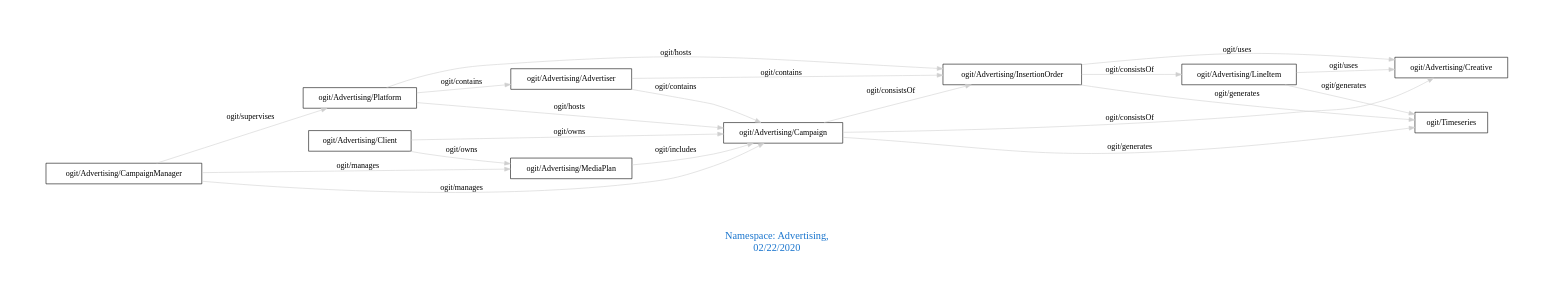
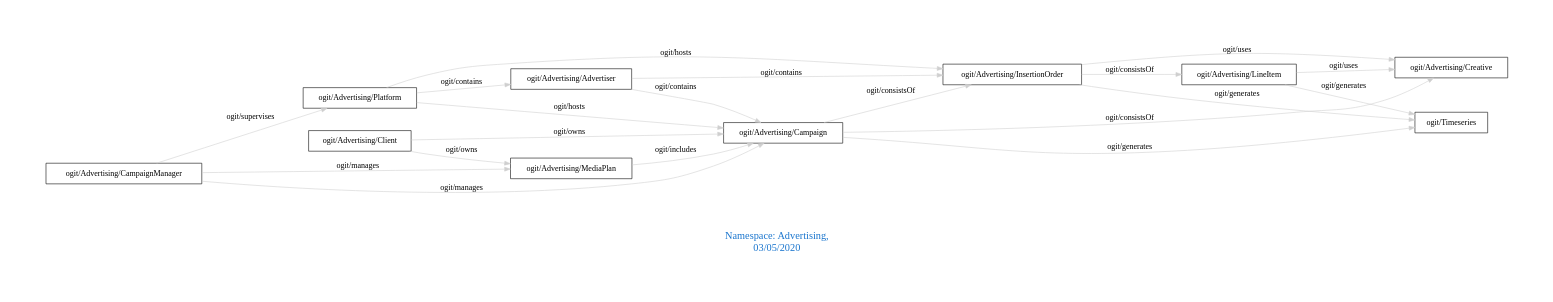
The diagram in downloads/Advertising.dot (arago/OGIT), drawn with Graphviz before and after one commit. The commit also changed 1714 other files, not shown here.

```diff
--- a/downloads/Advertising.dot
+++ b/downloads/Advertising.dot
@@ -1,27 +1,27 @@
 digraph OGIT_ontology {
  graph [ rankdir= LR,pad=1 
 fontsize = 18,
-fontcolor= dodgerblue3,label = "\n\n\nNamespace: Advertising, \n 02/22/2020"];
+fontcolor= dodgerblue3,label = "\n\n\nNamespace: Advertising, \n 03/05/2020"];
 node[shape=polygon];
 edge [  color="gray81"];
 
    "ogit/Advertising/Advertiser" -> "ogit/Advertising/Campaign" [label="   ogit/contains    "];
    "ogit/Advertising/Advertiser" -> "ogit/Advertising/InsertionOrder" [label="   ogit/contains    "];
    "ogit/Advertising/Platform" -> "ogit/Advertising/Advertiser" [label="   ogit/contains    "];
    "ogit/Advertising/CampaignManager" -> "ogit/Advertising/MediaPlan" [label="   ogit/manages    "];
    "ogit/Advertising/CampaignManager" -> "ogit/Advertising/Campaign" [label="   ogit/manages    "];
    "ogit/Advertising/Platform" -> "ogit/Advertising/Campaign" [label="   ogit/hosts    "];
    "ogit/Advertising/Platform" -> "ogit/Advertising/InsertionOrder" [label="   ogit/hosts    "];
    "ogit/Advertising/CampaignManager" -> "ogit/Advertising/Platform" [label="   ogit/supervises    "];
    "ogit/Advertising/Campaign" -> "ogit/Timeseries" [label="   ogit/generates    "];
    "ogit/Advertising/InsertionOrder" -> "ogit/Timeseries" [label="   ogit/generates    "];
    "ogit/Advertising/LineItem" -> "ogit/Timeseries" [label="   ogit/generates    "];
    "ogit/Advertising/MediaPlan" -> "ogit/Advertising/Campaign" [label="   ogit/includes    "];
    "ogit/Advertising/Client" -> "ogit/Advertising/MediaPlan" [label="   ogit/owns    "];
    "ogit/Advertising/Client" -> "ogit/Advertising/Campaign" [label="   ogit/owns    "];
    "ogit/Advertising/InsertionOrder" -> "ogit/Advertising/Creative" [label="   ogit/uses    "];
    "ogit/Advertising/LineItem" -> "ogit/Advertising/Creative" [label="   ogit/uses    "];
    "ogit/Advertising/Campaign" -> "ogit/Advertising/InsertionOrder" [label="   ogit/consistsOf    "];
    "ogit/Advertising/Campaign" -> "ogit/Advertising/Creative" [label="   ogit/consistsOf    "];
    "ogit/Advertising/InsertionOrder" -> "ogit/Advertising/LineItem" [label="   ogit/consistsOf    "];
 }
```
